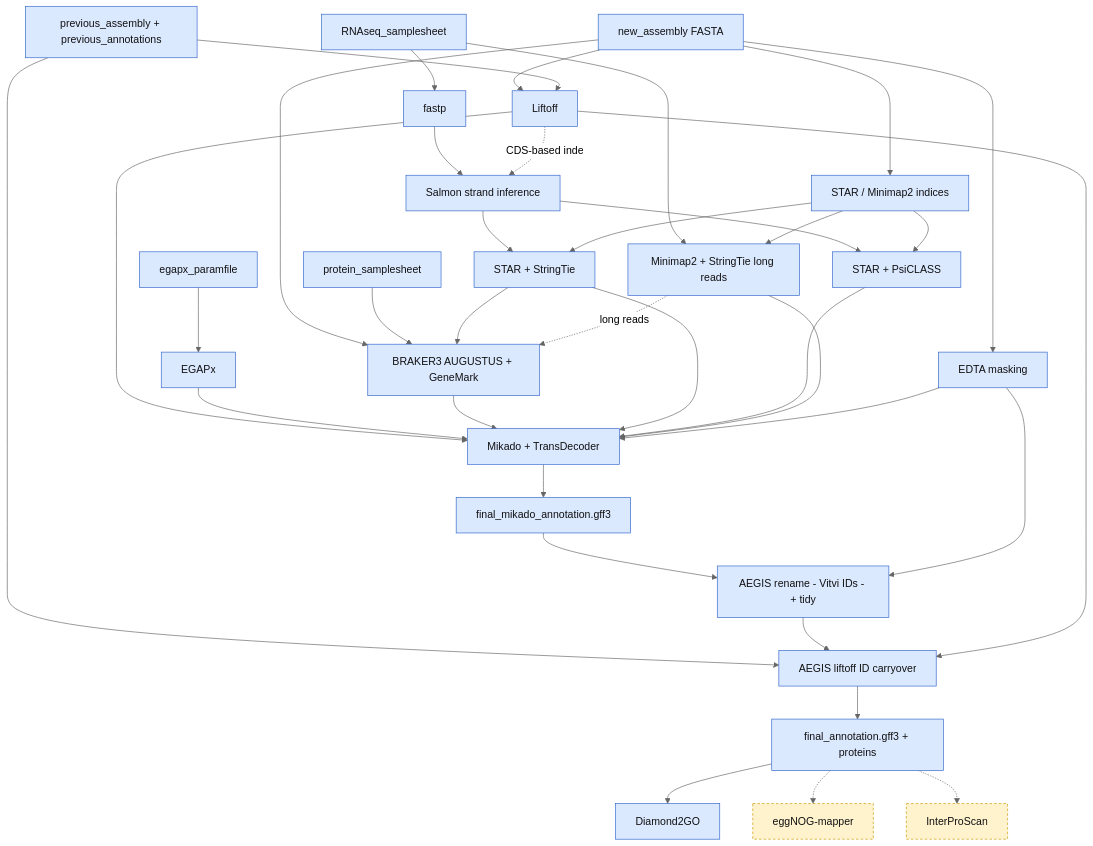
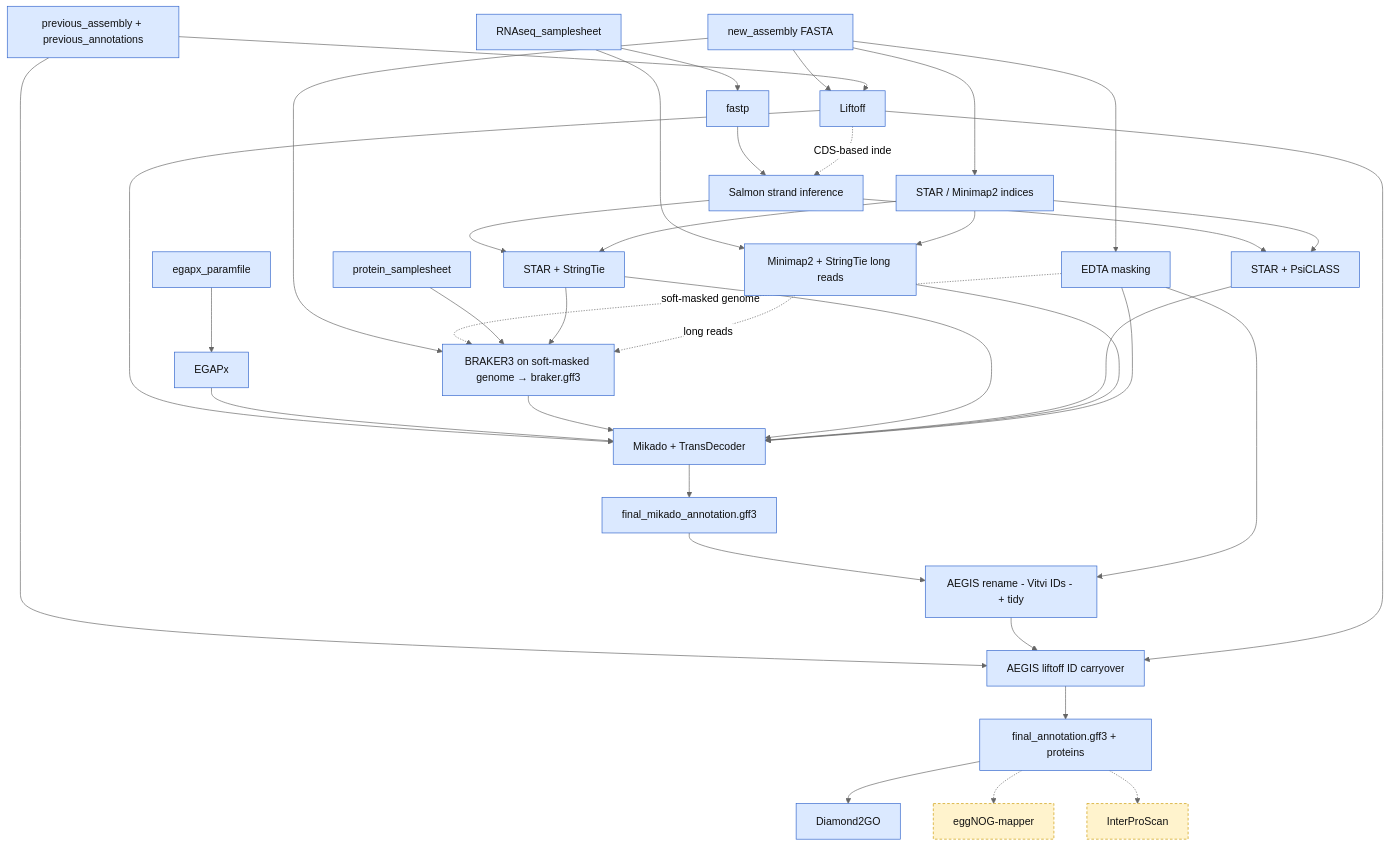
One commit to Grapedia/workflows changed the second of 4 diagrams in TITAN/README.md. Above: the diagram before and after it, drawn with Mermaid (neutral theme). The commit also changed other lines of this file and 2 other files, not shown here.

Commit message:
Docs: add EDTA -> BRAKER3 soft-masked edge, clarify filter_te_genes.py vs in-pipeline filter, note unsupported-genes rerun

````diff
--- a/TITAN/README.md
+++ b/TITAN/README.md
@@ -192,53 +193,54 @@
 ```mermaid
 flowchart TD
     classDef core fill:#dbe9ff,stroke:#3366cc,color:#111
     classDef opt fill:#fff3cd,stroke:#cc9900,color:#111,stroke-dasharray:4 3
 
     NEW[new_assembly FASTA]:::core
     PREV[previous_assembly + previous_annotations]:::core
     RNA[RNAseq_samplesheet]:::core
     PROT[protein_samplesheet]:::core
     EGCFG[egapx_paramfile]:::core
 
     LIFT[Liftoff]:::core
     EDTA[EDTA masking]:::core
     EGAPX[EGAPx]:::core
     FASTP[fastp]:::core
     IDX[STAR / Minimap2 indices]:::core
     STRAND[Salmon strand inference]:::core
     STAR[STAR + StringTie]:::core
     PSI[STAR + PsiCLASS]:::core
     MM2[Minimap2 + StringTie long reads]:::core
-    BRAKER[BRAKER3 AUGUSTUS + GeneMark]:::core
+    BRAKER[BRAKER3 on soft-masked genome → braker.gff3]:::core
 
     MIK[Mikado + TransDecoder]:::core
     MIKGFF[final_mikado_annotation.gff3]:::core
     AEGIS[AEGIS rename - Vitvi IDs - + tidy]:::core
     LIFTID[AEGIS liftoff ID carryover]:::core
     FINAL[final_annotation.gff3 + proteins]:::core
     D2GO[Diamond2GO]:::core
     EGG[eggNOG-mapper]:::opt
     IPS[InterProScan]:::opt
 
     NEW --> LIFT & EDTA & IDX & BRAKER
+    EDTA -.soft-masked genome.-> BRAKER
     PREV --> LIFT & LIFTID
     EGCFG --> EGAPX
     RNA --> FASTP
     RNA --> MM2
     FASTP --> STRAND
     LIFT -.CDS-based index.-> STRAND
     STRAND --> STAR & PSI
     IDX --> STAR & MM2 & PSI
     PROT --> BRAKER
     STAR --> BRAKER
     MM2 -.long reads.-> BRAKER
 
     LIFT & EGAPX & BRAKER & STAR & PSI & MM2 --> MIK
     EDTA --> MIK
     MIK --> MIKGFF --> AEGIS
     EDTA --> AEGIS
     AEGIS --> LIFTID
     LIFT --> LIFTID
     LIFTID --> FINAL --> D2GO
     FINAL -.-> EGG & IPS
 ```
````
